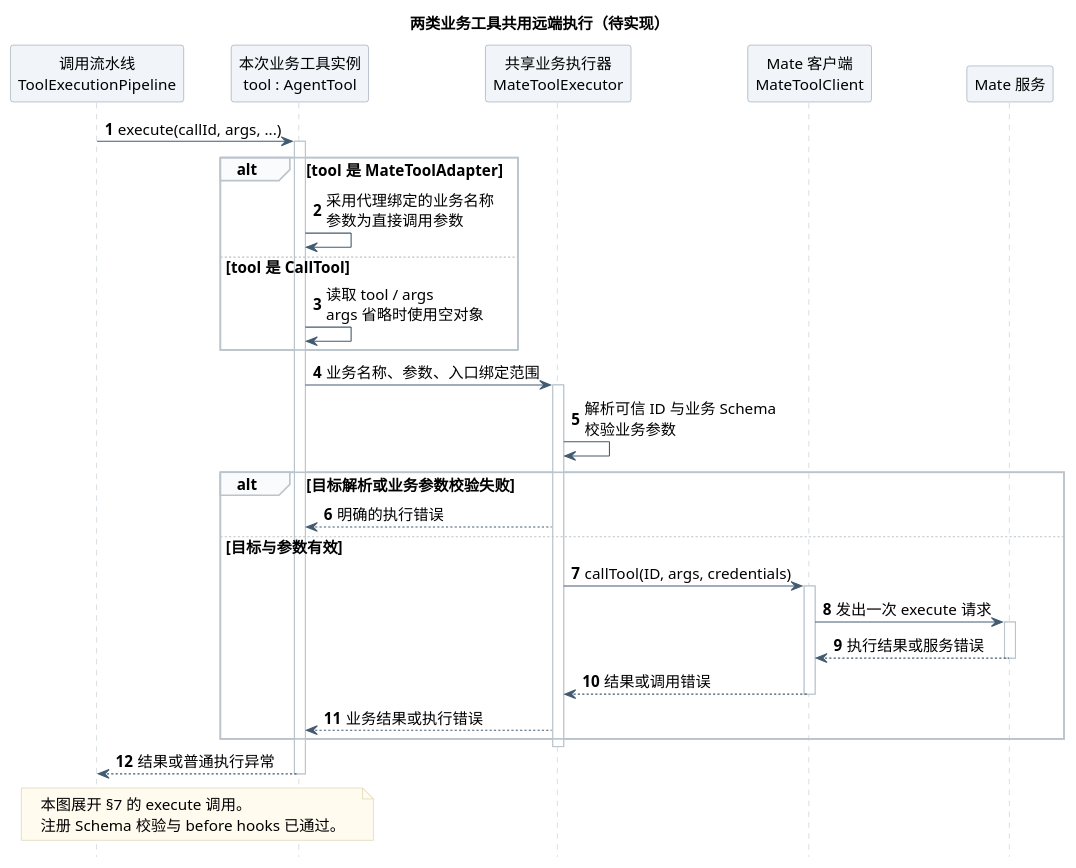
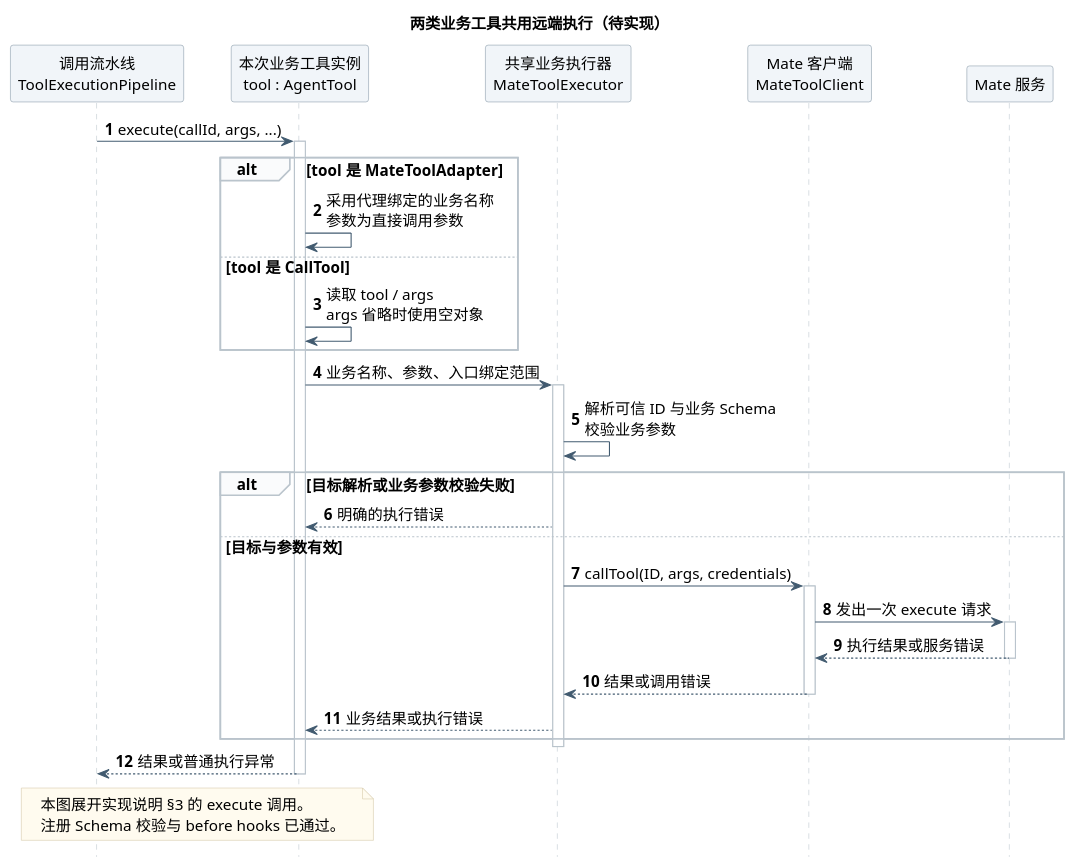
The seventh of 14 diagrams in 01-总体架构/02-CampusClaw工具系统/diagram.puml (ssm0808/pi-mono-java-design), drawn with PlantUML before and after one commit. The commit also changed other lines of this file and 18 other files, not shown here.

```diff
--- a/01-总体架构/02-CampusClaw工具系统/diagram.puml
+++ b/01-总体架构/02-CampusClaw工具系统/diagram.puml
@@ -402,61 +463,61 @@
 @startuml call_mate_tool_sequence
 skinparam backgroundColor white
 skinparam defaultFontName "PingFang SC"
 skinparam defaultFontSize 14
 skinparam shadowing false
 skinparam sequenceMessageAlign left
 skinparam maxMessageSize 210
 skinparam sequenceArrowColor #425B70
 skinparam sequenceLifeLineBorderColor #BAC4CC
 skinparam sequenceParticipantBackgroundColor #F1F5F9
 skinparam sequenceParticipantBorderColor #8496A4
 skinparam sequenceGroupBackgroundColor #FAFBFC
 skinparam sequenceGroupBorderColor #BAC4CC
 skinparam sequenceReferenceBackgroundColor #EEF4FA
 skinparam sequenceReferenceBorderColor #8496A4
 skinparam noteBackgroundColor #FFFBEF
 skinparam noteBorderColor #D2C6A5
 hide footbox
 autonumber
 ' Source evidence (CampusClaw fb842b1ac6cb4818f6b146f79dd184a5cd88bf12, checked 2026-09-21):
 
 ' modules/coding-agent-cli/src/main/java/com/campusclaw/codingagent/tool/mate/CallMateTool.java: execute
 ' modules/coding-agent-cli/src/main/java/com/campusclaw/codingagent/common/client/HttpMateToolClient.java: callTool
 ' modules/coding-agent-cli/src/main/java/com/campusclaw/codingagent/runtimeapi/runtime/RuntimeToolPermissionPolicy.java: decide
 ' Observed behavior: a single CallMateTool wrapper currently resolves names and calls Mate.
 ' Design reason: business entry instances use one executor; registered-schema validation and Host hooks belong to the parent interaction.
 ' Pending implementation: MateToolAdapter, CallTool, MateToolExecutor and their permission wiring.
 ' Stable block identity retained for existing document links.
 title 两类业务工具共用远端执行（待实现）
 
 participant "调用流水线\nToolExecutionPipeline" as Pipeline
 participant "本次业务工具实例\ntool : AgentTool" as Tool
 participant "共享业务执行器\nMateToolExecutor" as Executor
 participant "Mate 客户端\nMateToolClient" as Client
 participant "Mate 服务" as Mate
 
 Pipeline -> Tool ++ : execute(callId, args, ...)
 alt tool 是 MateToolAdapter
   Tool -> Tool : 采用代理绑定的业务名称\n参数为直接调用参数
 else tool 是 CallTool
   Tool -> Tool : 读取 tool / args\nargs 省略时使用空对象
 end
 Tool -> Executor ++ : 业务名称、参数、入口绑定范围
 Executor -> Executor : 解析可信 ID 与业务 Schema\n校验业务参数
 alt 目标解析或业务参数校验失败
   Executor --> Tool : 明确的执行错误
 else 目标与参数有效
   Executor -> Client ++ : callTool(ID, args, credentials)
   Client -> Mate ++ : 发出一次 execute 请求
   Mate --> Client -- : 执行结果或服务错误
   Client --> Executor -- : 结果或调用错误
   Executor --> Tool : 业务结果或执行错误
 end
 deactivate Executor
 Tool --> Pipeline -- : 结果或普通执行异常
 
 note over Pipeline, Tool
-  本图展开 §7 的 execute 调用。
+  本图展开实现说明 §3 的 execute 调用。
   注册 Schema 校验与 before hooks 已通过。
 end note
 @enduml
```
